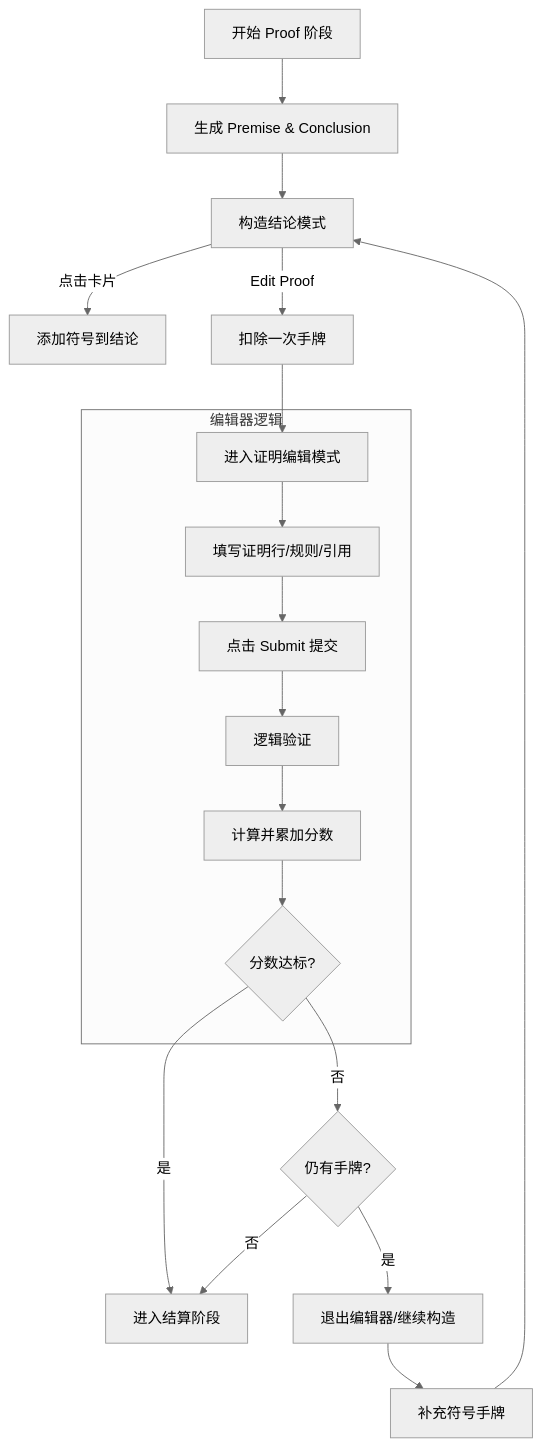
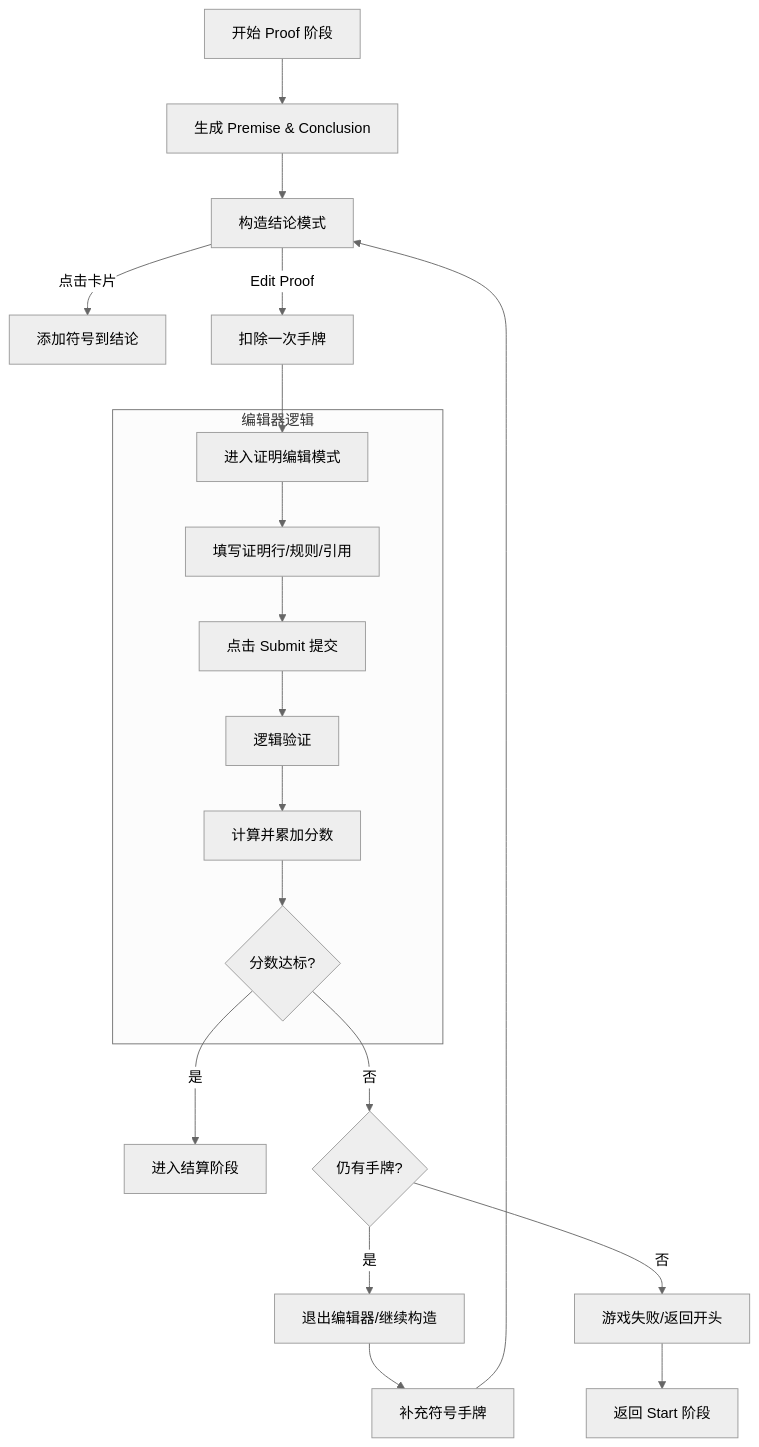
The diagram in design_doc/2.3 Feature - Proof Phase.md (lilzcyyds-alt/boolatro), drawn with Mermaid (neutral theme) before and after one commit. The commit also changed other lines of this file and 2 other files, not shown here.

````diff
--- a/design_doc/2.3 Feature - Proof Phase.md
+++ b/design_doc/2.3 Feature - Proof Phase.md
@@ -9,24 +9,25 @@
 ```mermaid
 graph TD
     Start[开始 Proof 阶段] --> GenTask[生成 Premise & Conclusion]
     GenTask --> BuildStage[构造结论模式]
     BuildStage -->|点击卡片| AddToken[添加符号到结论]
     BuildStage -->|Edit Proof| DeductHand[扣除一次手牌]
     DeductHand --> ProofEditor[进入证明编辑模式]
     
     subgraph Editor [编辑器逻辑]
         ProofEditor --> EditLines[填写证明行/规则/引用]
         EditLines --> Submit[点击 Submit 提交]
         Submit --> Validate[逻辑验证]
         Validate --> Score[计算并累加分数]
         Score --> GoalCheck{分数达标?}
     end
 
     GoalCheck -->|是| Cashout[进入结算阶段]
     GoalCheck -->|否| HandCheck{仍有手牌?}
     HandCheck -->|是| ExitEditor[退出编辑器/继续构造]
-    HandCheck -->|否| Cashout
+    HandCheck -->|否| Fail[游戏失败/返回开头]
     
     ExitEditor --> RefillHand[补充符号手牌]
     RefillHand --> BuildStage
+    Fail --> StartStage[返回 Start 阶段]
 ```
````
